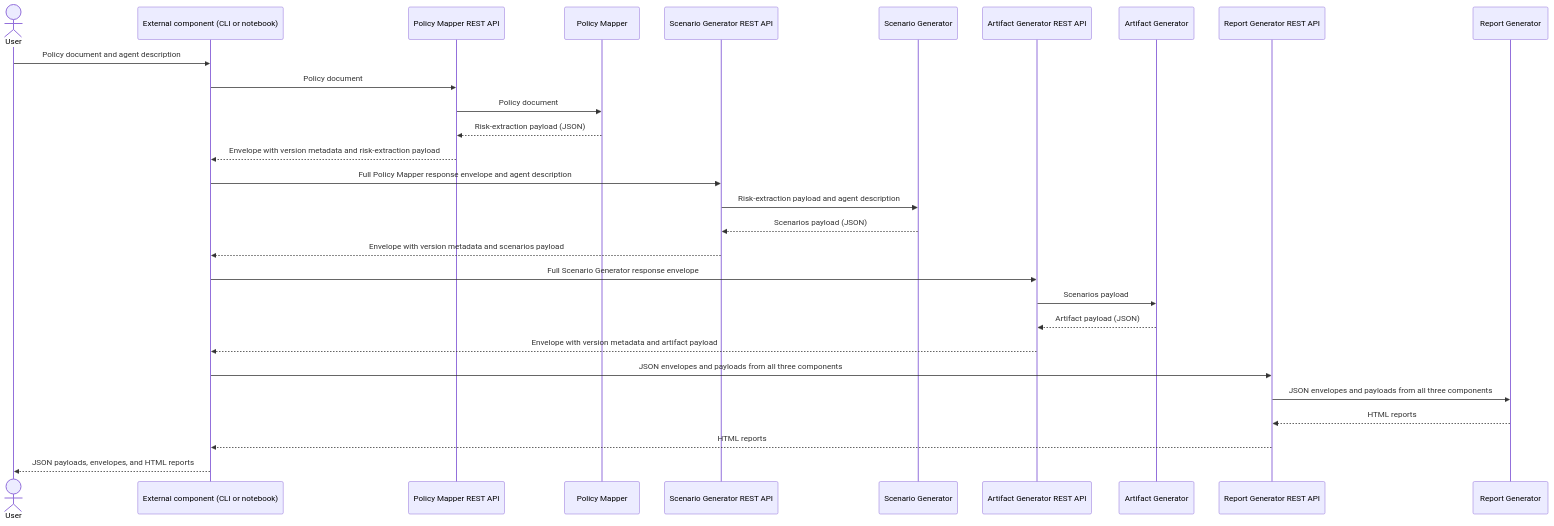
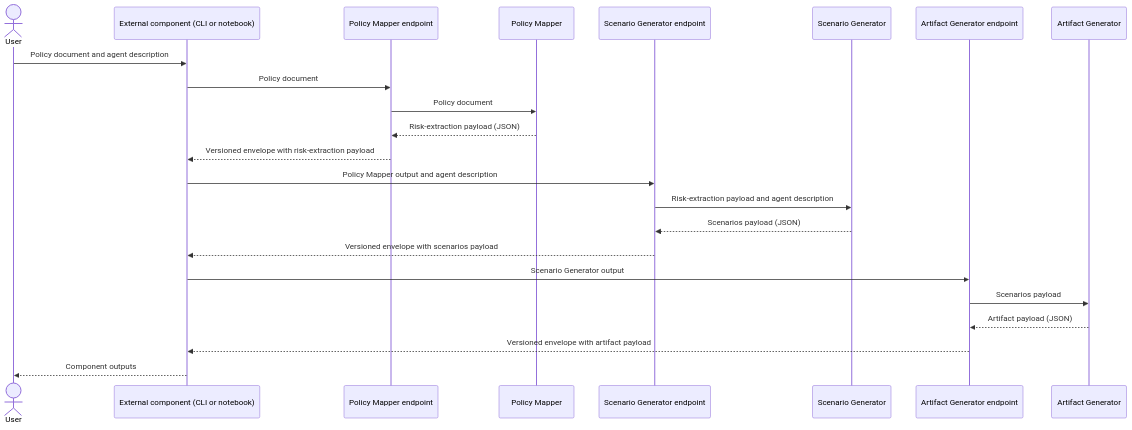
The second of 2 diagrams in architecture-decision-records/ASAGO-ADR-0001-asago-server.md (asago-ai/architecture-decision-records), drawn with Mermaid before and after one commit. The commit also changed other lines of this file, not shown here.

First line of the commit message:
docs(adr): clarify server scope and API constraints

````diff
--- a/architecture-decision-records/ASAGO-ADR-0001-asago-server.md
+++ b/architecture-decision-records/ASAGO-ADR-0001-asago-server.md
@@ -62,37 +70,30 @@
 ```mermaid
 sequenceDiagram
     actor User
     participant Caller as External component (CLI or notebook)
-    participant PMAPI as Policy Mapper REST API
+    participant PMAPI as Policy Mapper endpoint
     participant PM as Policy Mapper
-    participant SGAPI as Scenario Generator REST API
+    participant SGAPI as Scenario Generator endpoint
     participant SG as Scenario Generator
-    participant AGAPI as Artifact Generator REST API
+    participant AGAPI as Artifact Generator endpoint
     participant AG as Artifact Generator
-    participant ReportAPI as Report Generator REST API
-    participant Report as Report Generator
 
     User->>Caller: Policy document and agent description
 
     Caller->>PMAPI: Policy document
     PMAPI->>PM: Policy document
     PM-->>PMAPI: Risk-extraction payload (JSON)
-    PMAPI-->>Caller: Envelope with version metadata and risk-extraction payload
+    PMAPI-->>Caller: Versioned envelope with risk-extraction payload
 
-    Caller->>SGAPI: Full Policy Mapper response envelope and agent description
+    Caller->>SGAPI: Policy Mapper output and agent description
     SGAPI->>SG: Risk-extraction payload and agent description
     SG-->>SGAPI: Scenarios payload (JSON)
-    SGAPI-->>Caller: Envelope with version metadata and scenarios payload
+    SGAPI-->>Caller: Versioned envelope with scenarios payload
 
-    Caller->>AGAPI: Full Scenario Generator response envelope
+    Caller->>AGAPI: Scenario Generator output
     AGAPI->>AG: Scenarios payload
     AG-->>AGAPI: Artifact payload (JSON)
-    AGAPI-->>Caller: Envelope with version metadata and artifact payload
+    AGAPI-->>Caller: Versioned envelope with artifact payload
 
-    Caller->>ReportAPI: JSON envelopes and payloads from all three components
-    ReportAPI->>Report: JSON envelopes and payloads from all three components
-    Report-->>ReportAPI: HTML reports
-    ReportAPI-->>Caller: HTML reports
-
-    Caller-->>User: JSON payloads, envelopes, and HTML reports
+    Caller-->>User: Component outputs
 ```
````
